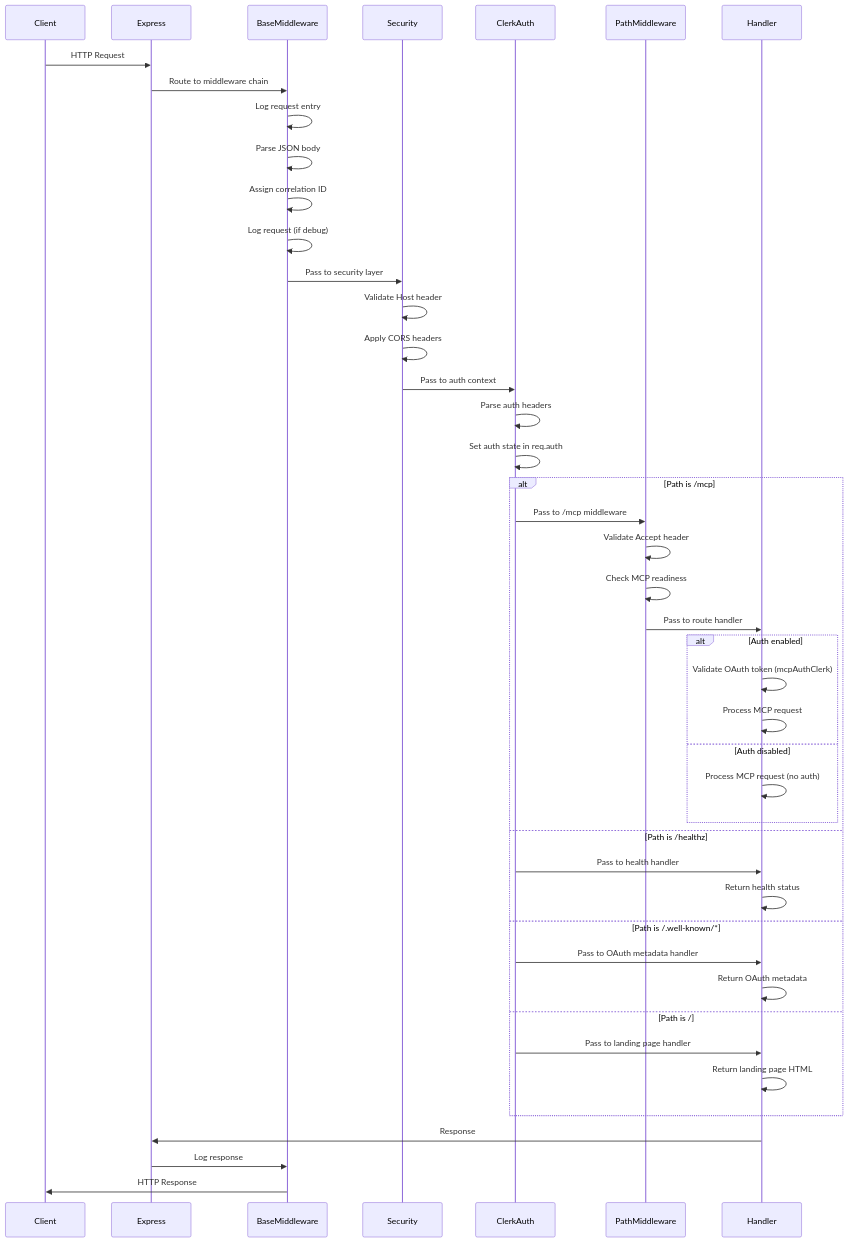
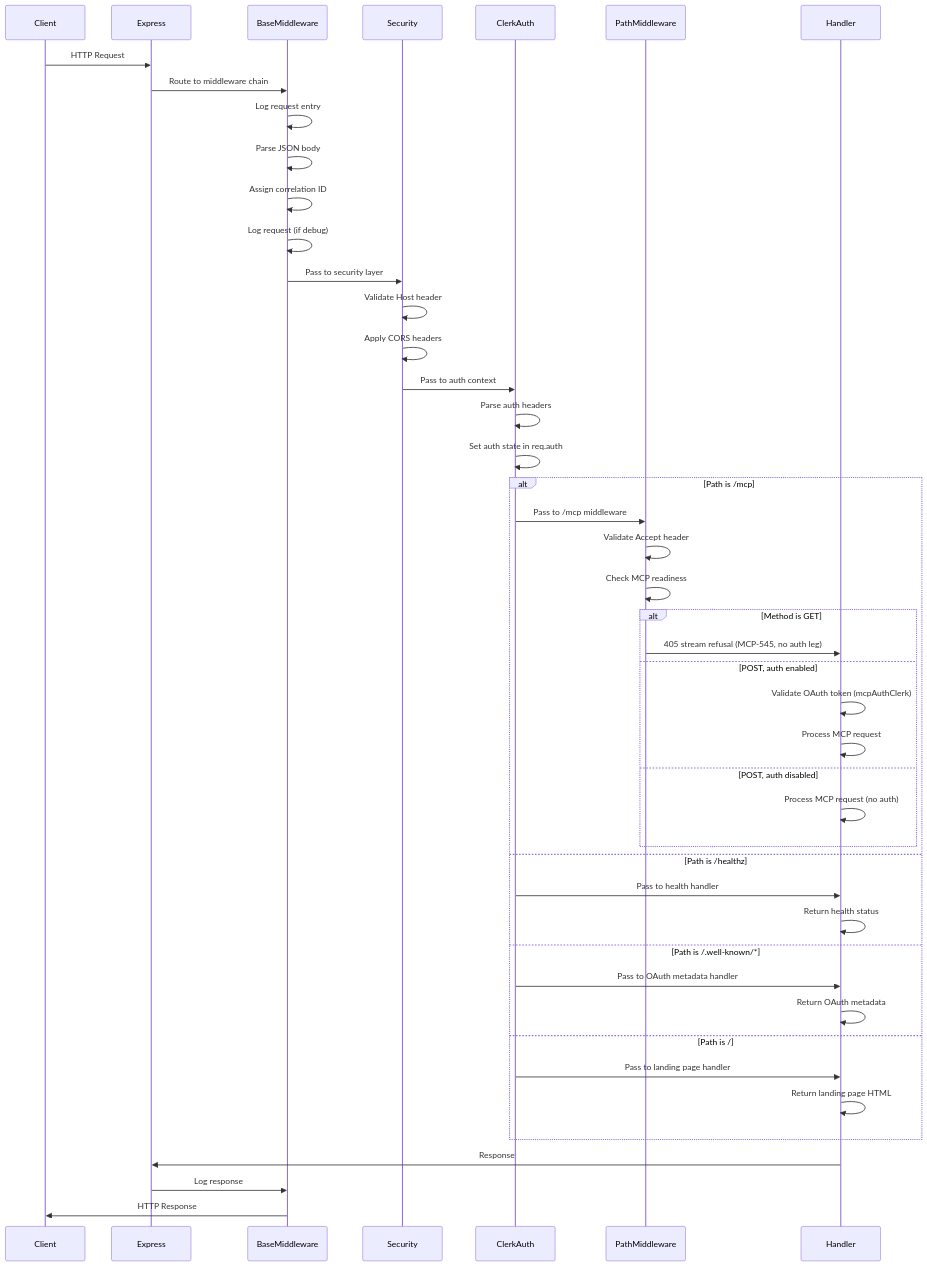
The first of 2 diagrams in apps/oak-curriculum-mcp-streamable-http/docs/middleware-chain.md (EngraphCode/oak-open-curriculum-ecosystem), drawn with Mermaid before and after one commit. The commit also changed other lines of this file and 2 other files, not shown here.

Commit message:
docs(streamable-http): true both diagrams, proof attributions, stale GET example (MCP-545)
Final-round suppressed findings, all three trivial and adopted: the
sequence diagram and flowchart both gain the method branch (GET to the
405 refusal before the auth leg); the static-asset-paths comment points
each routing claim at its actual proving suite; and the resource-URL
TSDoc's stale 'GET /mcp?method=…' justification is restated for the
POST-only protocol surface. Doc/comment class only — no behaviour
change; the declared-final adjudication stands and the follow-up round
is a mechanical tip binding.

````diff
--- a/apps/oak-curriculum-mcp-streamable-http/docs/middleware-chain.md
+++ b/apps/oak-curriculum-mcp-streamable-http/docs/middleware-chain.md
@@ -67,52 +67,53 @@
 ```mermaid
 sequenceDiagram
     participant Client
     participant Express
     participant BaseMiddleware
     participant Security
     participant ClerkAuth
     participant PathMiddleware
     participant Handler
 
     Client->>Express: HTTP Request
     Express->>BaseMiddleware: Route to middleware chain
     BaseMiddleware->>BaseMiddleware: Log request entry
     BaseMiddleware->>BaseMiddleware: Parse JSON body
     BaseMiddleware->>BaseMiddleware: Assign correlation ID
     BaseMiddleware->>BaseMiddleware: Log request (if debug)
 
     BaseMiddleware->>Security: Pass to security layer
     Security->>Security: Validate Host header
     Security->>Security: Apply CORS headers
 
     Security->>ClerkAuth: Pass to auth context
     ClerkAuth->>ClerkAuth: Parse auth headers
     ClerkAuth->>ClerkAuth: Set auth state in req.auth
 
     alt Path is /mcp
         ClerkAuth->>PathMiddleware: Pass to /mcp middleware
         PathMiddleware->>PathMiddleware: Validate Accept header
         PathMiddleware->>PathMiddleware: Check MCP readiness
 
-        PathMiddleware->>Handler: Pass to route handler
-        alt Auth enabled
+        alt Method is GET
+            PathMiddleware->>Handler: 405 stream refusal (MCP-545, no auth leg)
+        else POST, auth enabled
             Handler->>Handler: Validate OAuth token (mcpAuthClerk)
             Handler->>Handler: Process MCP request
-        else Auth disabled
+        else POST, auth disabled
             Handler->>Handler: Process MCP request (no auth)
         end
     else Path is /healthz
         ClerkAuth->>Handler: Pass to health handler
         Handler->>Handler: Return health status
     else Path is /.well-known/*
         ClerkAuth->>Handler: Pass to OAuth metadata handler
         Handler->>Handler: Return OAuth metadata
     else Path is /
         ClerkAuth->>Handler: Pass to landing page handler
         Handler->>Handler: Return landing page HTML
     end
 
     Handler->>Express: Response
     Express->>BaseMiddleware: Log response
     BaseMiddleware->>Client: HTTP Response
 ```
````
